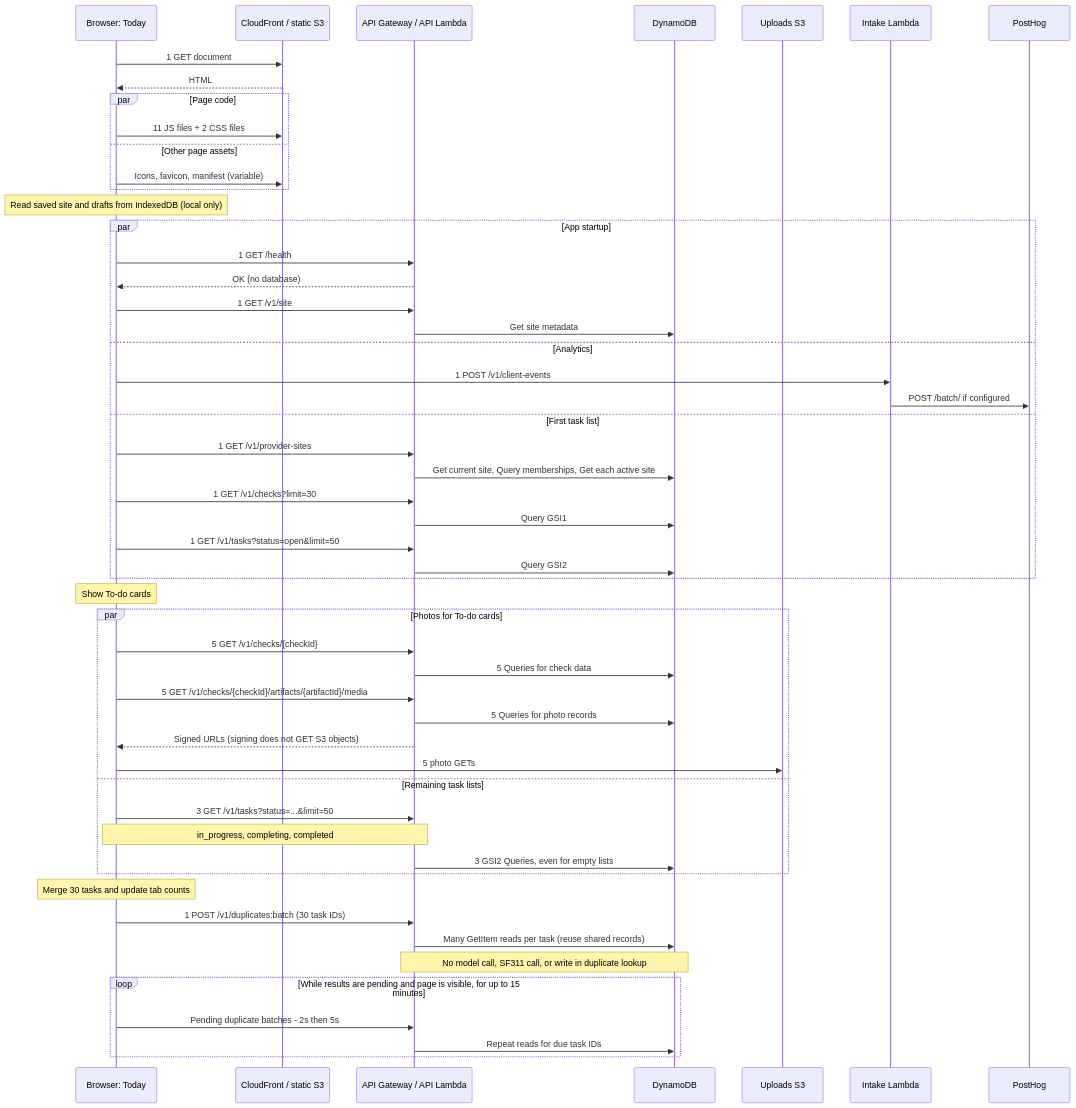
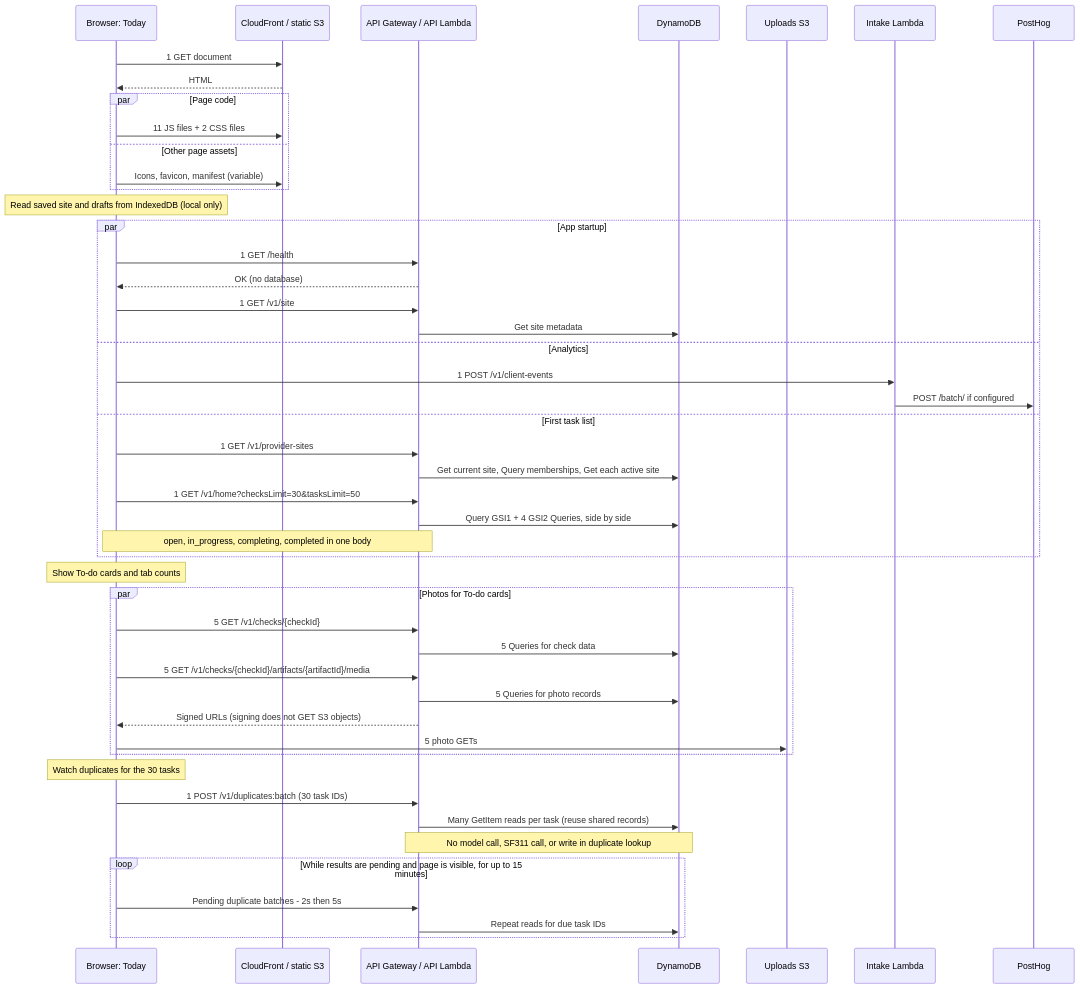
One commit to Mayor-s-Office-of-Innovation/good-neighbor-app changed the diagram in docs/today-load-requests.md. Above: the diagram before and after it, drawn with Mermaid. The commit also changed other lines of this file and 23 other files, not shown here.

````diff
--- a/docs/today-load-requests.md
+++ b/docs/today-load-requests.md
@@ -118,56 +121,51 @@
 ```mermaid
 sequenceDiagram
     participant B as Browser: Today
     participant C as CloudFront / static S3
     participant A as API Gateway / API Lambda
     participant D as DynamoDB
     participant S as Uploads S3
     participant I as Intake Lambda
     participant P as PostHog
 
     B->>C: 1 GET document
     C-->>B: HTML
     par Page code
         B->>C: 11 JS files + 2 CSS files
     and Other page assets
         B->>C: Icons, favicon, manifest (variable)
     end
     Note over B: Read saved site and drafts from IndexedDB (local only)
     par App startup
         B->>A: 1 GET /health
         A-->>B: OK (no database)
         B->>A: 1 GET /v1/site
         A->>D: Get site metadata
     and Analytics
         B->>I: 1 POST /v1/client-events
         I->>P: POST /batch/ if configured
     and First task list
         B->>A: 1 GET /v1/provider-sites
         A->>D: Get current site, Query memberships, Get each active site
-        B->>A: 1 GET /v1/checks?limit=30
-        A->>D: Query GSI1
-        B->>A: 1 GET /v1/tasks?status=open&limit=50
-        A->>D: Query GSI2
+        B->>A: 1 GET /v1/home?checksLimit=30&tasksLimit=50
+        A->>D: Query GSI1 + 4 GSI2 Queries, side by side
+        Note over B,A: open, in_progress, completing, completed in one body
     end
-    Note over B: Show To-do cards
+    Note over B: Show To-do cards and tab counts
     par Photos for To-do cards
         B->>A: 5 GET /v1/checks/{checkId}
         A->>D: 5 Queries for check data
         B->>A: 5 GET /v1/checks/{checkId}/artifacts/{artifactId}/media
         A->>D: 5 Queries for photo records
         A-->>B: Signed URLs (signing does not GET S3 objects)
         B->>S: 5 photo GETs
-    and Remaining task lists
-        B->>A: 3 GET /v1/tasks?status=...&limit=50
-        Note over B,A: in_progress, completing, completed
-        A->>D: 3 GSI2 Queries, even for empty lists
     end
-    Note over B: Merge 30 tasks and update tab counts
+    Note over B: Watch duplicates for the 30 tasks
     B->>A: 1 POST /v1/duplicates:batch (30 task IDs)
     A->>D: Many GetItem reads per task (reuse shared records)
     Note over A,D: No model call, SF311 call, or write in duplicate lookup
     loop While results are pending and page is visible, for up to 15 minutes
         B->>A: Pending duplicate batches - 2s then 5s
         A->>D: Repeat reads for due task IDs
     end
 ```
````
